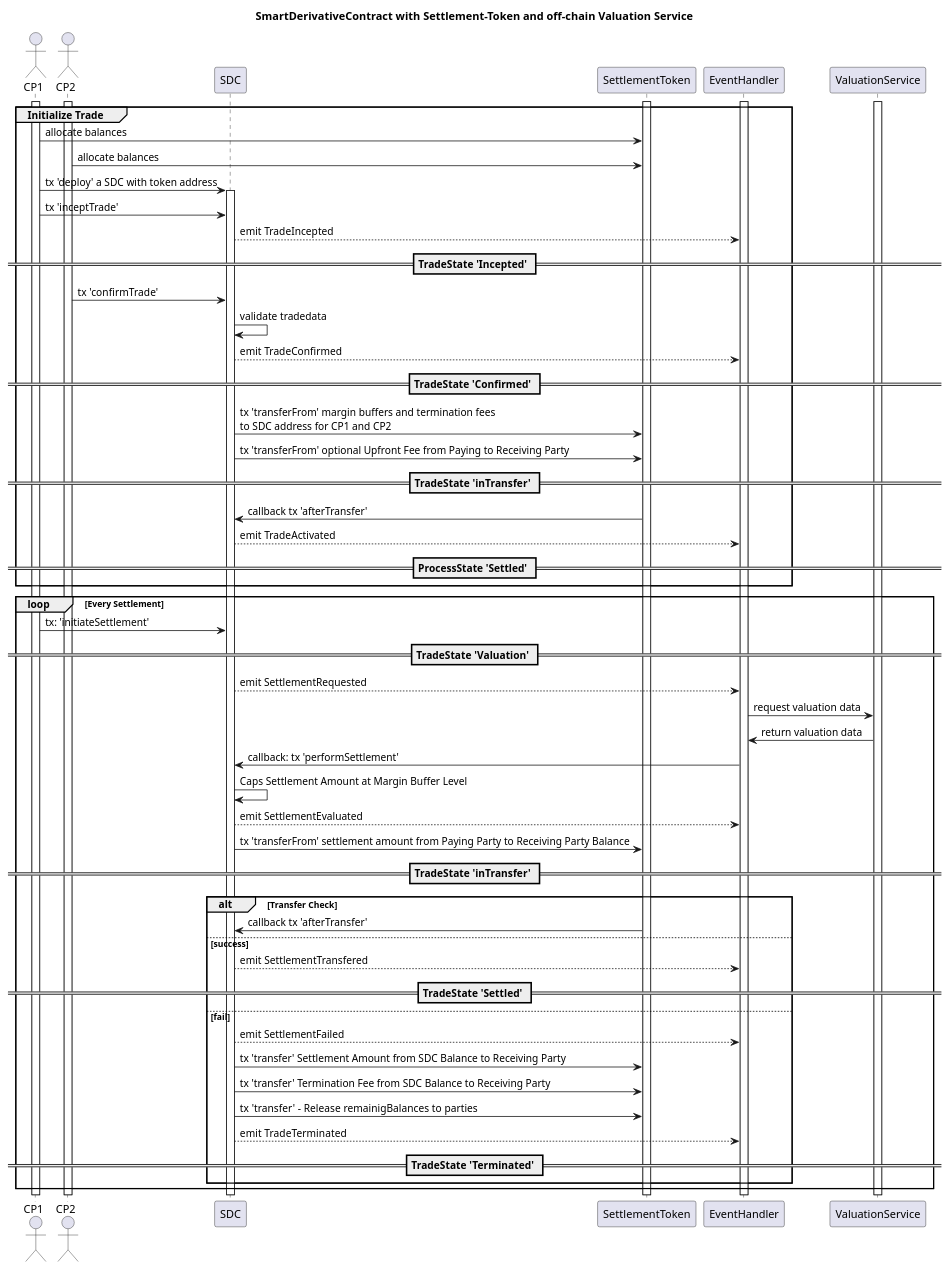
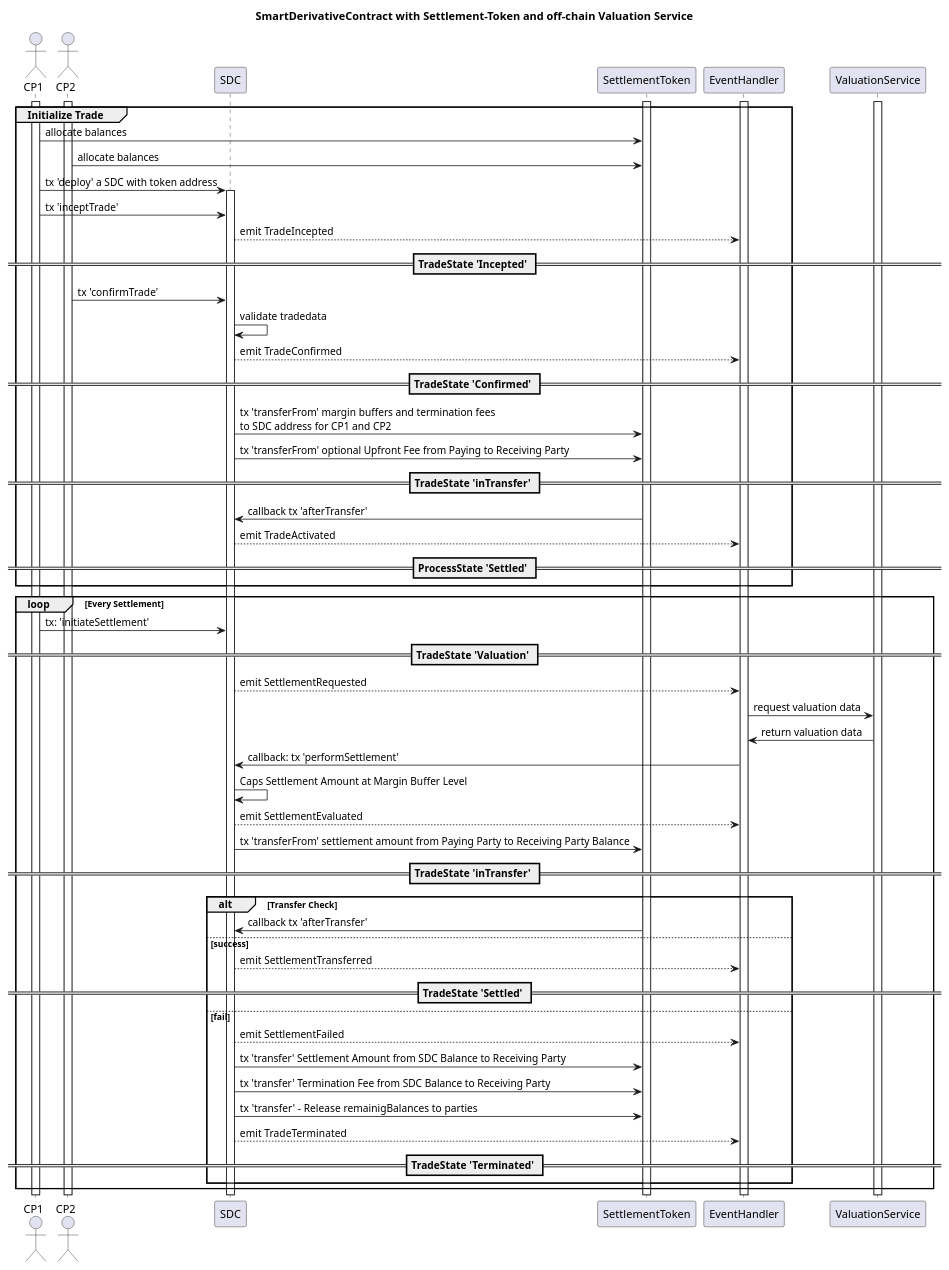
The diagram in assets/erc-6123/doc/sequence.puml (ethereum/ERCs), drawn with PlantUML before and after one commit.

```diff
--- a/assets/erc-6123/doc/sequence.puml
+++ b/assets/erc-6123/doc/sequence.puml
@@ -1,89 +1,89 @@
 @startuml
 'https://plantuml.com/sequence-diagram
 title SmartDerivativeContract with Settlement-Token and off-chain Valuation Service
 
 	actor CP1
 	actor CP2
 
 	participant SDC
 
     participant SettlementToken
 
 	participant EventHandler
 	participant ValuationService
 
 activate EventHandler
 activate SettlementToken
 activate ValuationService
 
 activate CP1
 activate CP2
 
 group Initialize Trade
 CP1 ->SettlementToken: allocate balances
 CP2 ->SettlementToken: allocate balances
 CP1 ->SDC: tx 'deploy' a SDC with token address
 activate SDC
 CP1 ->SDC:                 tx 'inceptTrade'
 
 SDC-->EventHandler: emit TradeIncepted
 == TradeState 'Incepted' ==
 
     CP2->SDC: tx 'confirmTrade'
     SDC->SDC: validate tradedata
 
     SDC-->EventHandler: emit TradeConfirmed
 
 == TradeState 'Confirmed' ==
 
     SDC -> SettlementToken: tx 'transferFrom' margin buffers and termination fees\nto SDC address for CP1 and CP2
     SDC -> SettlementToken: tx 'transferFrom' optional Upfront Fee from Paying to Receiving Party
 
 ==  TradeState 'inTransfer' ==
 
     SettlementToken->SDC: callback tx 'afterTransfer'
 
     SDC-->EventHandler: emit TradeActivated
 
 ==ProcessState 'Settled' ==
 
 end
 
 loop Every Settlement
 
 
 CP1->SDC: tx: 'initiateSettlement'
 
 == TradeState 'Valuation' ==
 SDC-->EventHandler:emit SettlementRequested
 
 EventHandler->ValuationService: request valuation data
 ValuationService->EventHandler: return valuation data
 EventHandler->SDC: callback: tx 'performSettlement'
 SDC->SDC:Caps Settlement Amount at Margin Buffer Level
 
 SDC-->EventHandler: emit SettlementEvaluated
 
 SDC->SettlementToken: tx 'transferFrom' settlement amount from Paying Party to Receiving Party Balance
 == TradeState 'inTransfer' ==
 
 alt Transfer Check
 	SettlementToken->SDC: callback tx 'afterTransfer'
 else success
-    SDC-->EventHandler: emit SettlementTransfered
+    SDC-->EventHandler: emit SettlementTransferred
 == TradeState 'Settled' ==
 else fail
     SDC-->EventHandler: emit SettlementFailed
 
 	SDC->SettlementToken: tx 'transfer' Settlement Amount from SDC Balance to Receiving Party
 	SDC->SettlementToken: tx 'transfer' Termination Fee from SDC Balance to Receiving Party
     SDC->SettlementToken: tx 'transfer' - Release  remainigBalances to parties
 
     SDC-->EventHandler: emit TradeTerminated
 == TradeState 'Terminated' ==
 end
 
 
 end
 
 @enduml
```
